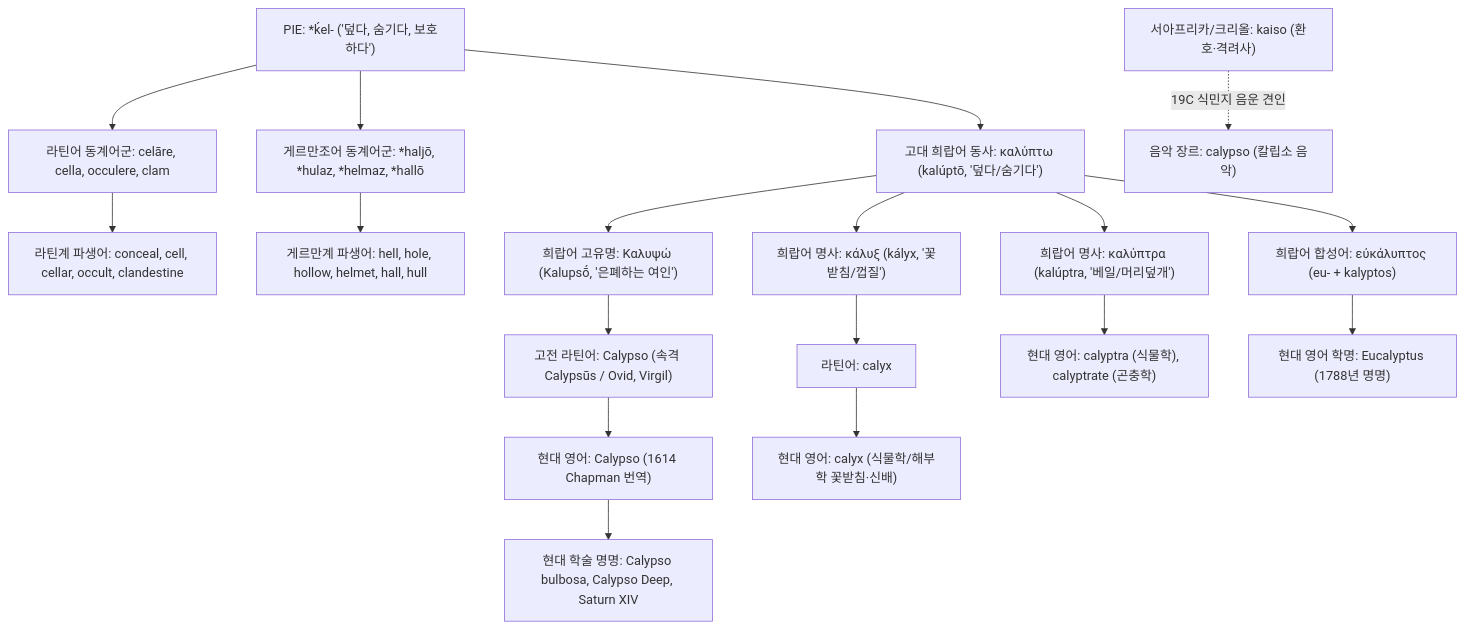
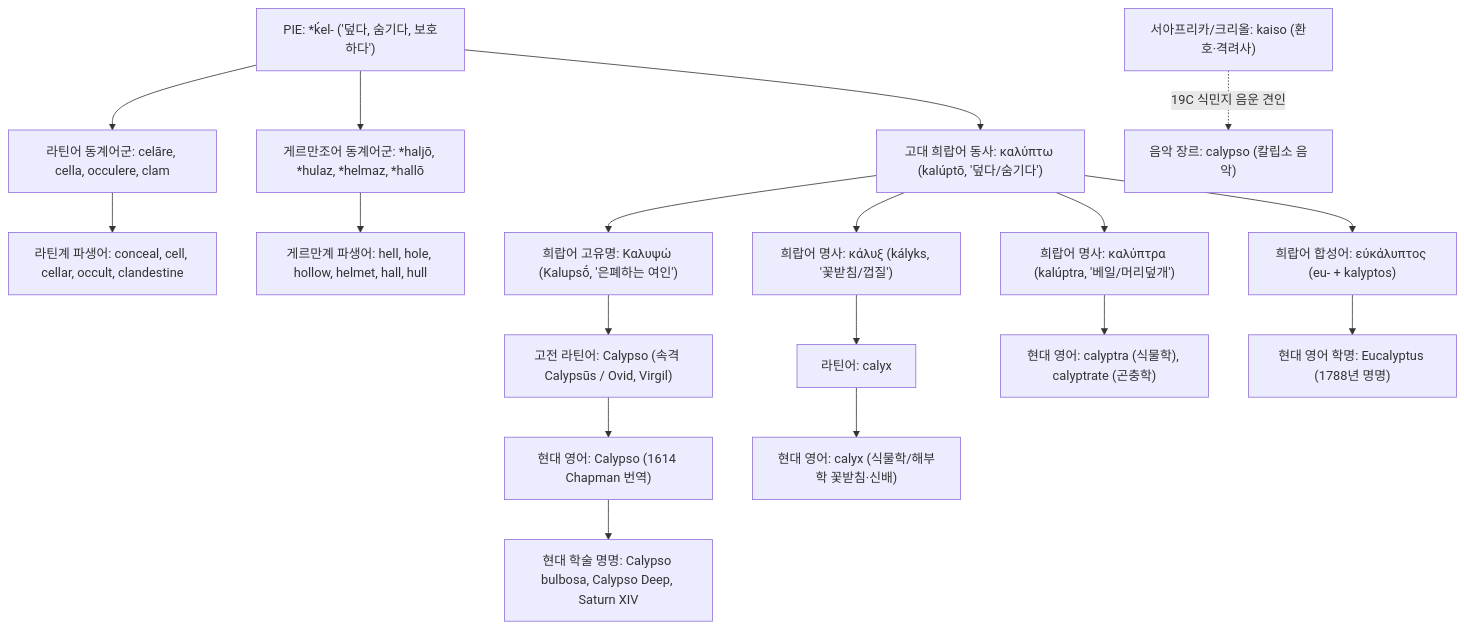
Before and after one commit to YgHnSIM/Homer_wiki: the diagram in words/word-calypso.md, drawn with Mermaid. The commit also changed other lines of this file and 2 other files, not shown here.

````diff
--- a/words/word-calypso.md
+++ b/words/word-calypso.md
@@ -45,29 +45,29 @@
 ```mermaid
 graph TD
     %% 인도유럽조어 원어근
     PIE["PIE: *ḱel- ('덮다, 숨기다, 보호하다')"] --> GRK_V["고대 희랍어 동사: καλύπτω (kalúptō, '덮다/숨기다')"]
     PIE --> LAT_ROOT["라틴어 동계어군: celāre, cella, occulere, clam"]
     PIE --> PGMC["게르만조어 동계어군: *haljō, *hulaz, *helmaz, *hallō"]
 
     %% 게르만/라틴 현대 영어 파생
     LAT_ROOT --> LAT_DERIV["라틴계 파생어: conceal, cell, cellar, occult, clandestine"]
     PGMC --> PGMC_DERIV["게르만계 파생어: hell, hole, hollow, helmet, hall, hull"]
 
     %% 희랍어 내부 파생
     GRK_V --> GRK_EPONYM["희랍어 고유명: Καλυψώ (Kalupsṓ, '은폐하는 여인')"]
-    GRK_V --> GRK_CALYX["희랍어 명사: κάλυξ (kályx, '꽃받침/껍질')"]
+    GRK_V --> GRK_CALYX["희랍어 명사: κάλυξ (kályks, '꽃받침/껍질')"]
     GRK_V --> GRK_CALYPTRA["희랍어 명사: καλύπτρα (kalúptra, '베일/머리덮개')"]
     GRK_V --> GRK_EU["희랍어 합성어: εὐκάλυπτος (eu- + kalyptos)"]
 
     %% 라틴어 경유 현대 영어 정착
     GRK_EPONYM --> LAT_CALYPSO["고전 라틴어: Calypso (속격 Calypsūs / Ovid, Virgil)"]
     LAT_CALYPSO --> MOD_CALYPSO["현대 영어: Calypso (1614 Chapman 번역)"]
     MOD_CALYPSO --> SCI_EPONYMS["현대 학술 명명: Calypso bulbosa, Calypso Deep, Saturn XIV"]
 
     GRK_CALYX --> LAT_CALYX["라틴어: calyx"] --> MOD_CALYX["현대 영어: calyx (식물학/해부학 꽃받침·신배)"]
     GRK_CALYPTRA --> MOD_CALYPTRA["현대 영어: calyptra (식물학), calyptrate (곤충학)"]
     GRK_EU --> MOD_EUCALYPTUS["현대 영어 학명: Eucalyptus (1788년 명명)"]
 
     %% 민간 어원 경고
     CARIB["서아프리카/크리올: kaiso (환호·격려사)"] -.->|19C 식민지 음운 견인| CAL_MUSIC["음악 장르: calypso (칼립소 음악)"]
 ```
````
